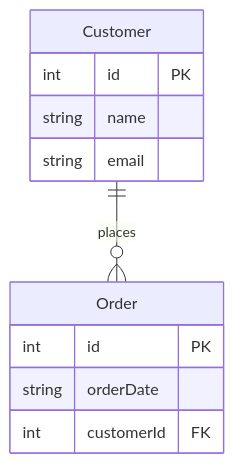
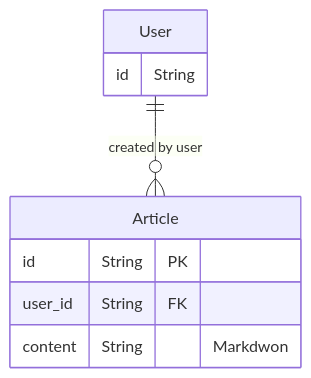
Before and after one commit to student-ops/FFIT-1: the diagram in docs/db.md, drawn with Mermaid. The commit also changed 5 other files, not shown here.

````diff
--- a/docs/db.md
+++ b/docs/db.md
@@ -1,14 +1,14 @@
 ```mermaid
 erDiagram
-Customer ||--o{ Order : places
-Customer {
-int id PK
-string name
-string email
+User ||--o{ Article : "created by user"
+
+User {
+    id  String
 }
-Order {
-int id PK
-string orderDate
-int customerId FK
+
+Article {
+    id  String PK
+    user_id String FK
+    content String "Markdwon"
 }
 ```
````
